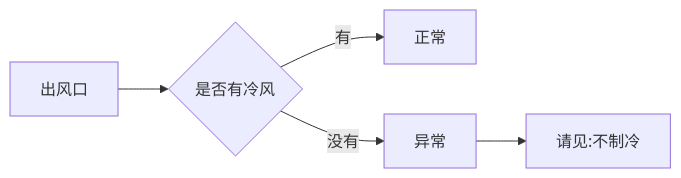
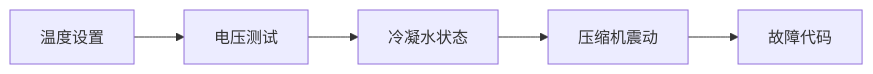
The second of 3 diagrams in 志高移动空调/售后/售后指南.md (mnjun9527/Maitu), drawn with Mermaid before and after one commit. The commit also changed other lines of this file and 8 other files, not shown here.

````diff
--- a/志高移动空调/售后/售后指南.md
+++ b/志高移动空调/售后/售后指南.md
@@ -29,6 +143,7 @@
 ```mermaid
 graph LR
-    A[出风口] --> B{是否有冷风}
-    B -->|有| D[正常]
-    B -->|没有| E[异常] --> F[请见:不制冷]
+    A[温度设置] --> B[电压测试]
+    B --> C[冷凝水状态]
+    C --> D[压缩机震动]
+    D --> E[故障代码]
 ```
````
